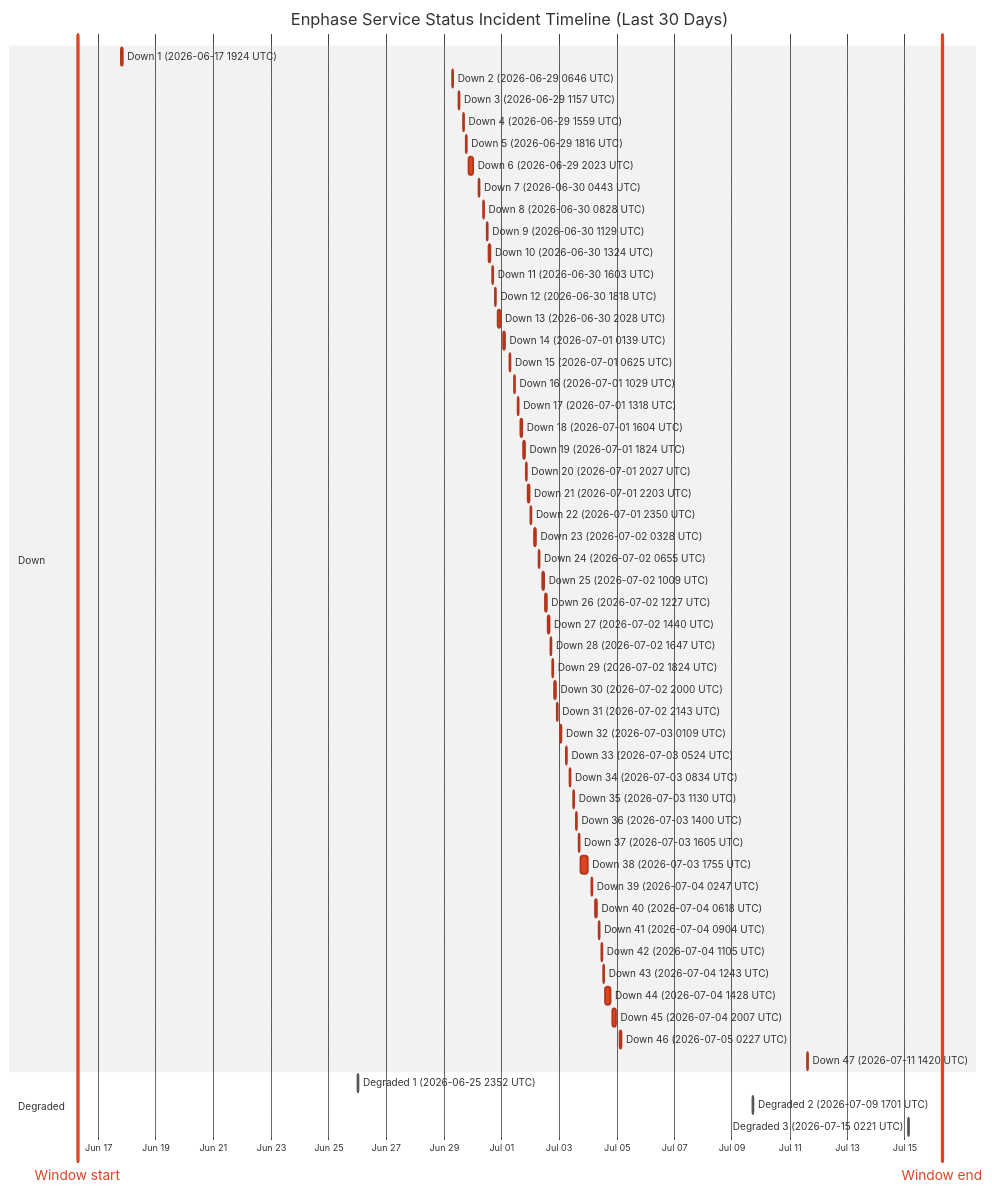
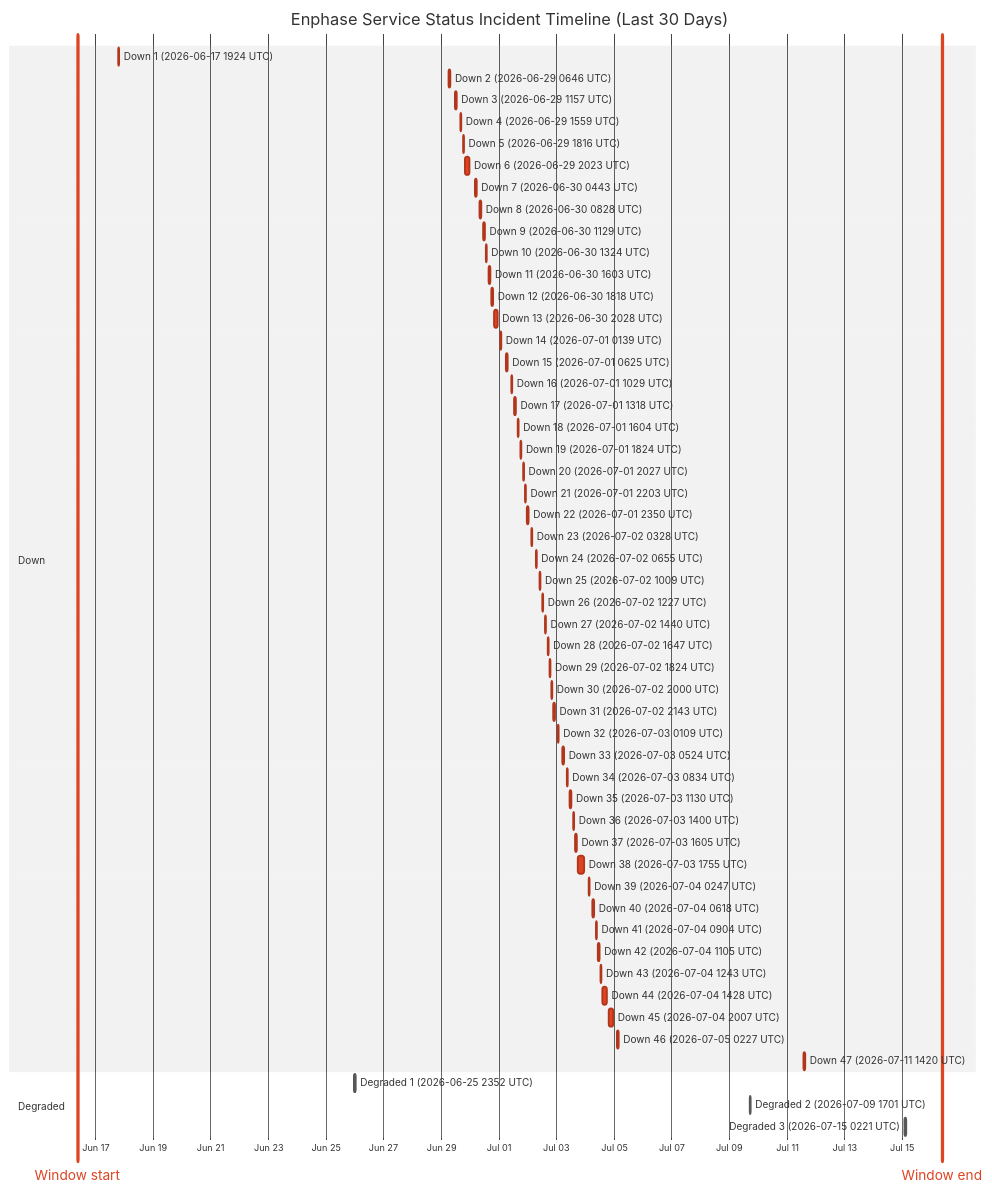
Before and after one commit to barneyonline/ha-enphase-energy: the diagram in wiki/Service-Status-History.md, drawn with Mermaid (neutral theme). The commit also changed other lines of this file and 3 other files, not shown here.

````diff
--- a/wiki/Service-Status-History.md
+++ b/wiki/Service-Status-History.md
@@ -14,60 +14,60 @@
 ```mermaid
 gantt
     title Enphase Service Status Incident Timeline (Last 30 Days)
     dateFormat  YYYY-MM-DDTHH:mm:ss
     axisFormat  %b %d
-    Window start :vert, window-start, 2026-06-16T06:41:53, 0ms
-    Window end :vert, window-end, 2026-07-16T06:41:53, 0ms
+    Window start :vert, window-start, 2026-06-16T09:11:43, 0ms
+    Window end :vert, window-end, 2026-07-16T09:11:43, 0ms
     section Down
     Down 1 (2026-06-17 1924 UTC) :crit, down-1, 2026-06-17T19:24:51, 60m
     Down 2 (2026-06-29 0646 UTC) :crit, down-2, 2026-06-29T06:46:18, 60m
     Down 3 (2026-06-29 1157 UTC) :crit, down-3, 2026-06-29T11:57:36, 60m
     Down 4 (2026-06-29 1559 UTC) :crit, down-4, 2026-06-29T15:59:02, 60m
     Down 5 (2026-06-29 1816 UTC) :crit, down-5, 2026-06-29T18:16:38, 60m
     Down 6 (2026-06-29 2023 UTC) :crit, down-6, 2026-06-29T20:23:16, 220m
     Down 7 (2026-06-30 0443 UTC) :crit, down-7, 2026-06-30T04:43:54, 60m
     Down 8 (2026-06-30 0828 UTC) :crit, down-8, 2026-06-30T08:28:43, 60m
     Down 9 (2026-06-30 1129 UTC) :crit, down-9, 2026-06-30T11:29:15, 60m
     Down 10 (2026-06-30 1324 UTC) :crit, down-10, 2026-06-30T13:24:25, 60m
     Down 11 (2026-06-30 1603 UTC) :crit, down-11, 2026-06-30T16:03:26, 60m
     Down 12 (2026-06-30 1818 UTC) :crit, down-12, 2026-06-30T18:18:39, 60m
     Down 13 (2026-06-30 2028 UTC) :crit, down-13, 2026-06-30T20:28:54, 171m
     Down 14 (2026-07-01 0139 UTC) :crit, down-14, 2026-07-01T01:39:18, 60m
     Down 15 (2026-07-01 0625 UTC) :crit, down-15, 2026-07-01T06:25:35, 60m
     Down 16 (2026-07-01 1029 UTC) :crit, down-16, 2026-07-01T10:29:24, 60m
     Down 17 (2026-07-01 1318 UTC) :crit, down-17, 2026-07-01T13:18:31, 60m
     Down 18 (2026-07-01 1604 UTC) :crit, down-18, 2026-07-01T16:04:29, 60m
     Down 19 (2026-07-01 1824 UTC) :crit, down-19, 2026-07-01T18:24:21, 60m
     Down 20 (2026-07-01 2027 UTC) :crit, down-20, 2026-07-01T20:27:17, 60m
     Down 21 (2026-07-01 2203 UTC) :crit, down-21, 2026-07-01T22:03:46, 60m
     Down 22 (2026-07-01 2350 UTC) :crit, down-22, 2026-07-01T23:50:52, 60m
     Down 23 (2026-07-02 0328 UTC) :crit, down-23, 2026-07-02T03:28:33, 60m
     Down 24 (2026-07-02 0655 UTC) :crit, down-24, 2026-07-02T06:55:07, 60m
     Down 25 (2026-07-02 1009 UTC) :crit, down-25, 2026-07-02T10:09:15, 60m
     Down 26 (2026-07-02 1227 UTC) :crit, down-26, 2026-07-02T12:27:49, 60m
     Down 27 (2026-07-02 1440 UTC) :crit, down-27, 2026-07-02T14:40:53, 60m
     Down 28 (2026-07-02 1647 UTC) :crit, down-28, 2026-07-02T16:47:47, 60m
     Down 29 (2026-07-02 1824 UTC) :crit, down-29, 2026-07-02T18:24:26, 60m
     Down 30 (2026-07-02 2000 UTC) :crit, down-30, 2026-07-02T20:00:57, 60m
     Down 31 (2026-07-02 2143 UTC) :crit, down-31, 2026-07-02T21:43:52, 80m
     Down 32 (2026-07-03 0109 UTC) :crit, down-32, 2026-07-03T01:09:19, 60m
     Down 33 (2026-07-03 0524 UTC) :crit, down-33, 2026-07-03T05:24:23, 60m
     Down 34 (2026-07-03 0834 UTC) :crit, down-34, 2026-07-03T08:34:05, 60m
     Down 35 (2026-07-03 1130 UTC) :crit, down-35, 2026-07-03T11:30:41, 60m
     Down 36 (2026-07-03 1400 UTC) :crit, down-36, 2026-07-03T14:00:48, 60m
     Down 37 (2026-07-03 1605 UTC) :crit, down-37, 2026-07-03T16:05:49, 60m
     Down 38 (2026-07-03 1755 UTC) :crit, down-38, 2026-07-03T17:55:54, 338m
     Down 39 (2026-07-04 0247 UTC) :crit, down-39, 2026-07-04T02:47:22, 60m
     Down 40 (2026-07-04 0618 UTC) :crit, down-40, 2026-07-04T06:18:09, 60m
     Down 41 (2026-07-04 0904 UTC) :crit, down-41, 2026-07-04T09:04:41, 60m
     Down 42 (2026-07-04 1105 UTC) :crit, down-42, 2026-07-04T11:05:21, 60m
     Down 43 (2026-07-04 1243 UTC) :crit, down-43, 2026-07-04T12:43:25, 60m
     Down 44 (2026-07-04 1428 UTC) :crit, down-44, 2026-07-04T14:28:07, 243m
     Down 45 (2026-07-04 2007 UTC) :crit, down-45, 2026-07-04T20:07:50, 206m
     Down 46 (2026-07-05 0227 UTC) :crit, down-46, 2026-07-05T02:27:32, 109m
     Down 47 (2026-07-11 1420 UTC) :crit, down-47, 2026-07-11T14:20:54, 69m
     section Degraded
     Degraded 1 (2026-06-25 2352 UTC) :active, degraded-1, 2026-06-25T23:52:01, 60m
     Degraded 2 (2026-07-09 1701 UTC) :active, degraded-2, 2026-07-09T17:01:02, 60m
     Degraded 3 (2026-07-15 0221 UTC) :active, degraded-3, 2026-07-15T02:21:35, 60m
 ```
````
